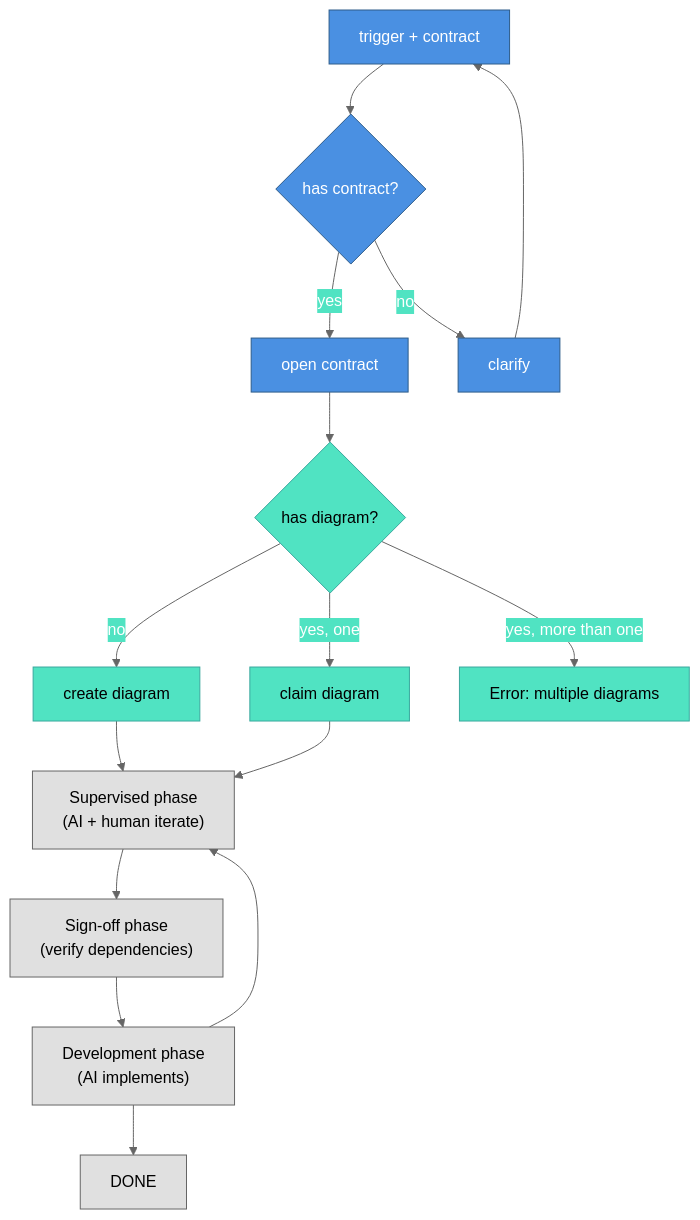
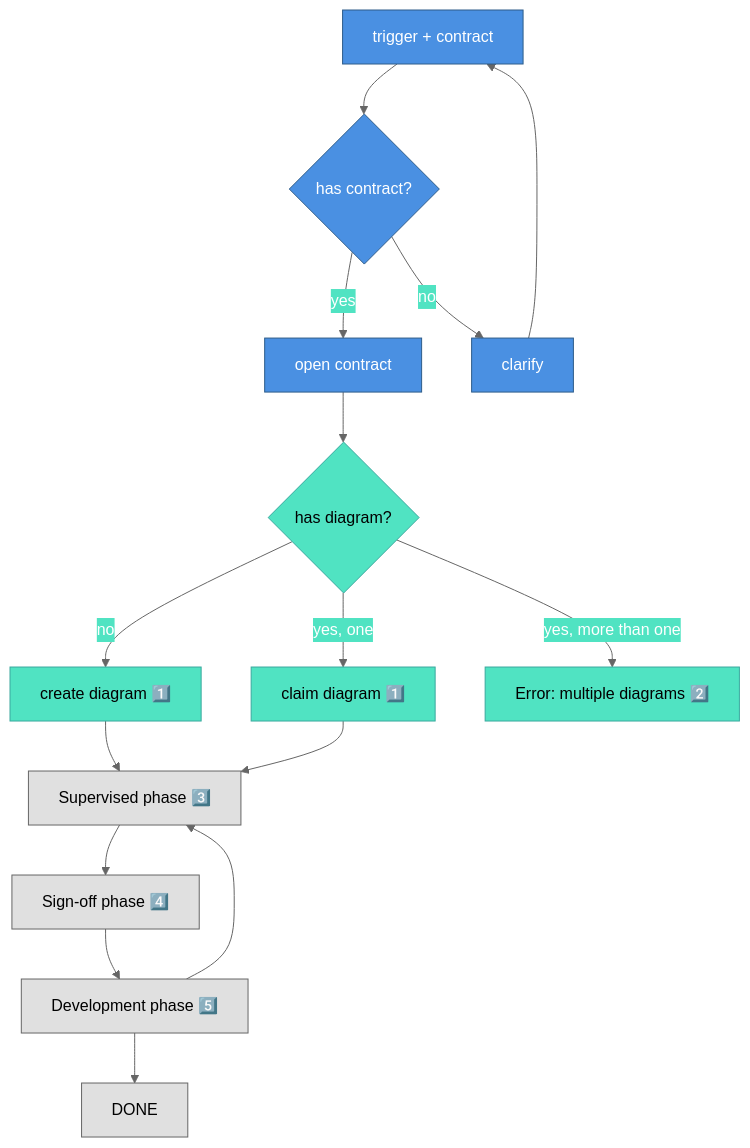
One commit to nonlinear/skills changed the diagram in contract-diagram/SKILL.md. Above: the diagram before and after it, drawn with Mermaid. The commit also changed other lines of this file, not shown here.

Commit message:
Remove parentheses, use emoji numbers + notes format

````diff
--- a/contract-diagram/SKILL.md
+++ b/contract-diagram/SKILL.md
@@ -14,42 +14,42 @@
 ```mermaid
 %%{init: {'theme':'base','themeVariables':{'primaryColor':'#4A90E2','primaryTextColor':'#fff','primaryBorderColor':'#2E5C8A','lineColor':'#666','secondaryColor':'#50E3C2','tertiaryColor':'#FFD700'}}}%%
 flowchart TD
     TRIGGER["trigger + contract"]
     CHECK_CONTRACT{"has contract?"}
     OPEN["open contract"]
     CLARIFY["clarify"]
     CHECK_DIAGRAM{"has diagram?"}
-    CREATE["create diagram"]
-    CLAIM["claim diagram"]
-    ERROR["Error: multiple diagrams"]
+    CREATE["create diagram 1️⃣"]
+    CLAIM["claim diagram 1️⃣"]
+    ERROR["Error: multiple diagrams 2️⃣"]
     
-    SUPERVISED["Supervised phase<br/>(AI + human iterate)"]
-    SIGNOFF["Sign-off phase<br/>(verify dependencies)"]
-    DEVELOPMENT["Development phase<br/>(AI implements)"]
+    SUPERVISED["Supervised phase 3️⃣"]
+    SIGNOFF["Sign-off phase 4️⃣"]
+    DEVELOPMENT["Development phase 5️⃣"]
     DONE["DONE"]
     
     TRIGGER --> CHECK_CONTRACT
     CHECK_CONTRACT -->|yes| OPEN
     CHECK_CONTRACT -->|no| CLARIFY
     CLARIFY --> TRIGGER
     
     OPEN --> CHECK_DIAGRAM
     CHECK_DIAGRAM -->|no| CREATE
     CHECK_DIAGRAM -->|yes, one| CLAIM
     CHECK_DIAGRAM -->|yes, more than one| ERROR
     
     CREATE --> SUPERVISED
     CLAIM --> SUPERVISED
     SUPERVISED --> SIGNOFF
     SIGNOFF --> DEVELOPMENT
     DEVELOPMENT --> SUPERVISED
     DEVELOPMENT --> DONE
     
     classDef default fill:#e0e0e0,stroke:#666,color:#000
     classDef approved fill:#4A90E2,stroke:#2E5C8A,color:#fff
     classDef developed fill:#50E3C2,stroke:#3aa89e,color:#000
     
     class TRIGGER,CHECK_CONTRACT,OPEN,CLARIFY approved
     class CHECK_DIAGRAM,CREATE,CLAIM,ERROR developed
     class SUPERVISED,SIGNOFF,DEVELOPMENT,DONE default
 ```
````
